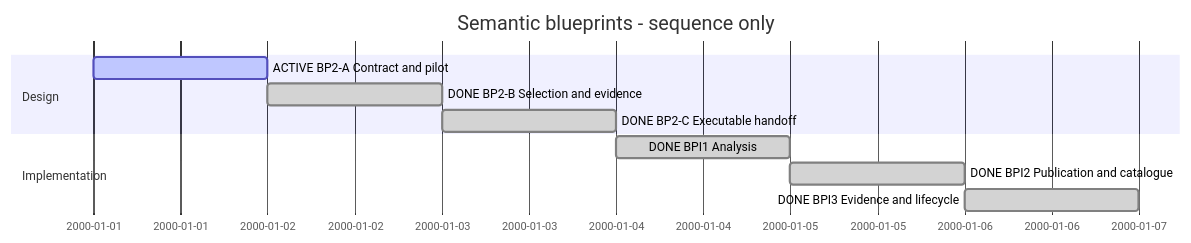
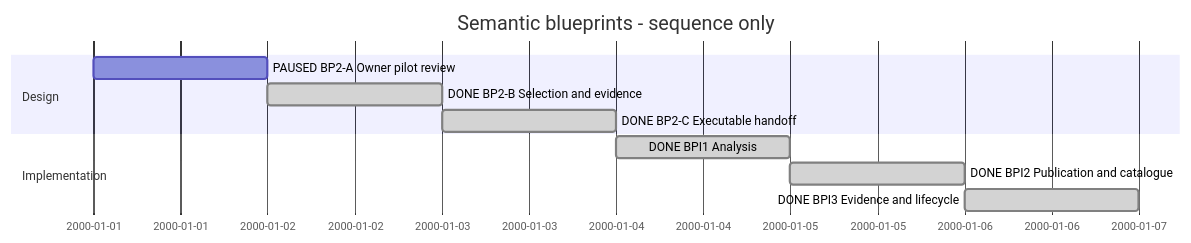
Before and after one commit to Hans-Einar/SDP: the diagram in SDP/Sessions/session-#0008--Semantic_blueprints.md, drawn with Mermaid. The commit also changed other lines of this file and 4 other files, not shown here.

````diff
--- a/SDP/Sessions/session-#0008--Semantic_blueprints.md
+++ b/SDP/Sessions/session-#0008--Semantic_blueprints.md
@@ -7,13 +7,13 @@
 ```mermaid
 gantt
     title Semantic blueprints - sequence only
     dateFormat YYYY-MM-DD
     section Design
-    ACTIVE BP2-A Contract and pilot :active,a,2000-01-01,1d
+    PAUSED BP2-A Owner pilot review :a,2000-01-01,1d
     DONE BP2-B Selection and evidence :done,b,after a,1d
     DONE BP2-C Executable handoff :done,c,after b,1d
     section Implementation
     DONE BPI1 Analysis :done,d,after c,1d
     DONE BPI2 Publication and catalogue :done,e,after d,1d
     DONE BPI3 Evidence and lifecycle :done,f,after e,1d
 ```
````
